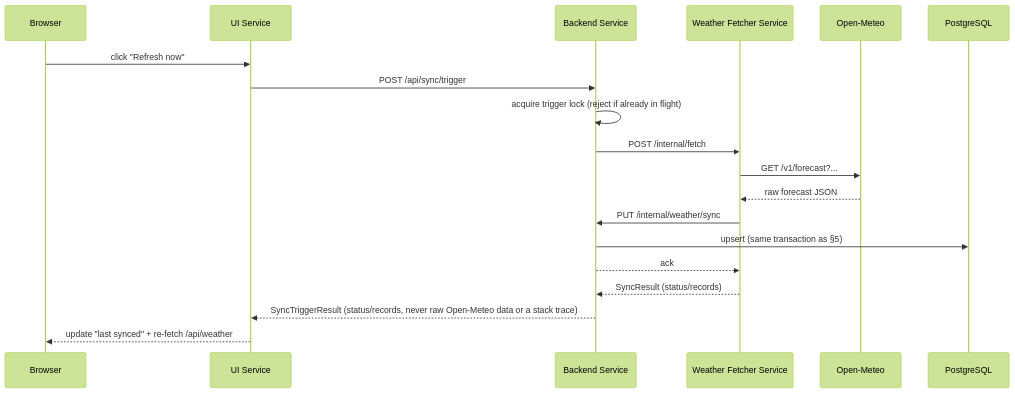
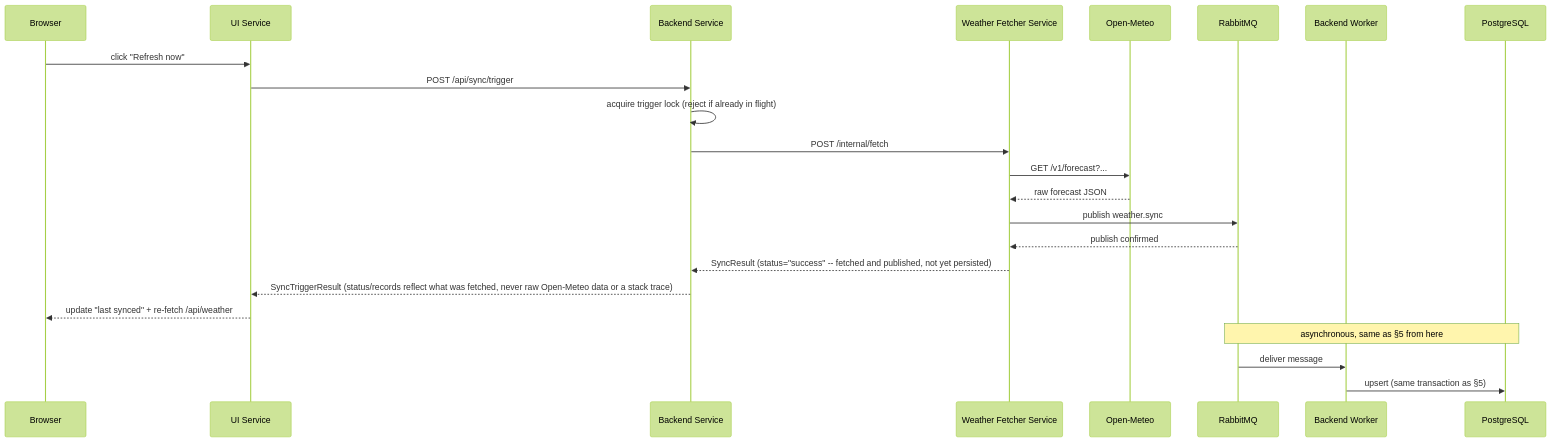
One commit to ua-academy-projects/push-and-pray changed the fourth of 4 diagrams in docs/architecture.md. Above: the diagram before and after it, drawn with Mermaid (forest theme). The commit also changed other lines of this file and 29 other files, not shown here.

````diff
--- a/docs/architecture.md
+++ b/docs/architecture.md
@@ -123,22 +132,26 @@
 ```mermaid
 sequenceDiagram
     participant U as Browser
     participant UI as UI Service
     participant B as Backend Service
     participant F as Weather Fetcher Service
     participant O as Open-Meteo
+    participant Q as RabbitMQ
+    participant W as Backend Worker
     participant P as PostgreSQL
 
     U->>UI: click "Refresh now"
     UI->>B: POST /api/sync/trigger
     B->>B: acquire trigger lock (reject if already in flight)
     B->>F: POST /internal/fetch
     F->>O: GET /v1/forecast?...
     O-->>F: raw forecast JSON
-    F->>B: PUT /internal/weather/sync
-    B->>P: upsert (same transaction as §5)
-    B-->>F: ack
-    F-->>B: SyncResult (status/records)
-    B-->>UI: SyncTriggerResult (status/records, never raw Open-Meteo data or a stack trace)
+    F->>Q: publish weather.sync
+    Q-->>F: publish confirmed
+    F-->>B: SyncResult (status="success" -- fetched and published, not yet persisted)
+    B-->>UI: SyncTriggerResult (status/records reflect what was fetched, never raw Open-Meteo data or a stack trace)
     UI-->>U: update "last synced" + re-fetch /api/weather
+    Note over Q,P: asynchronous, same as §5 from here
+    Q->>W: deliver message
+    W->>P: upsert (same transaction as §5)
 ```
````
